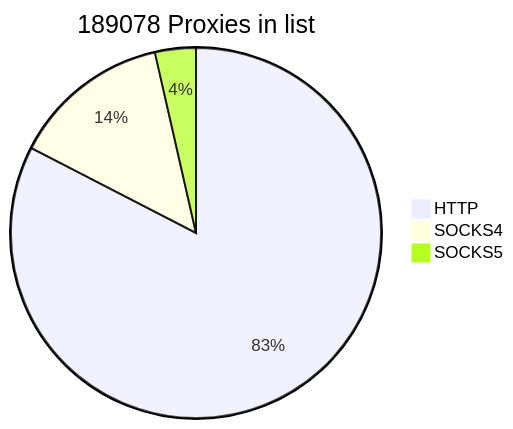
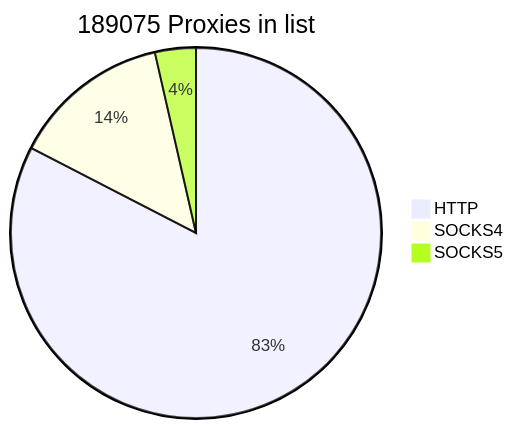
The first of 2 diagrams in README.md (cutipu/proxylist), drawn with Mermaid before and after one commit. The commit also changed other lines of this file, not shown here.

````diff
--- a/README.md
+++ b/README.md
@@ -9,7 +9,7 @@
 ```mermaid
-pie title 189078 Proxies in list
+pie title 189075 Proxies in list
     "HTTP" : 156135
-    "SOCKS4" : 26200
+    "SOCKS4" : 26197
     "SOCKS5" : 6743
             
 ```
````
